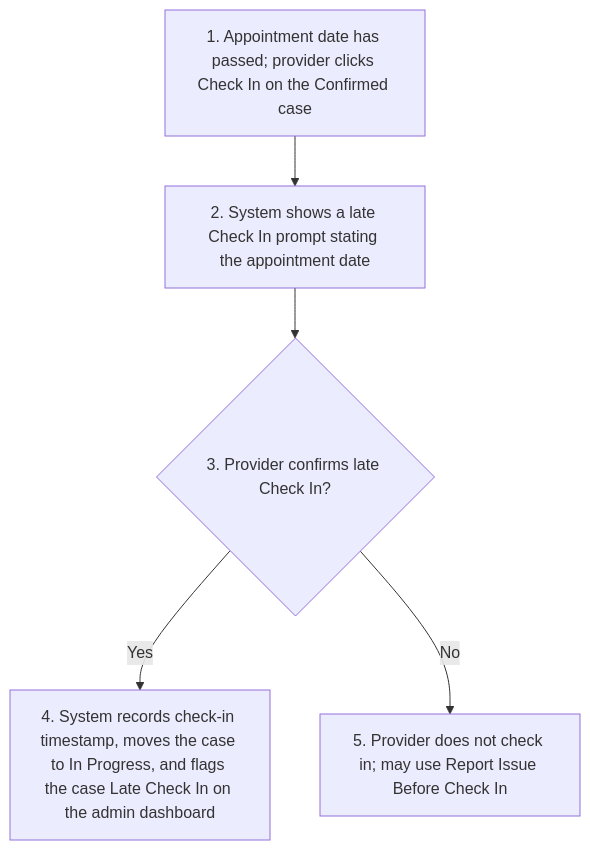
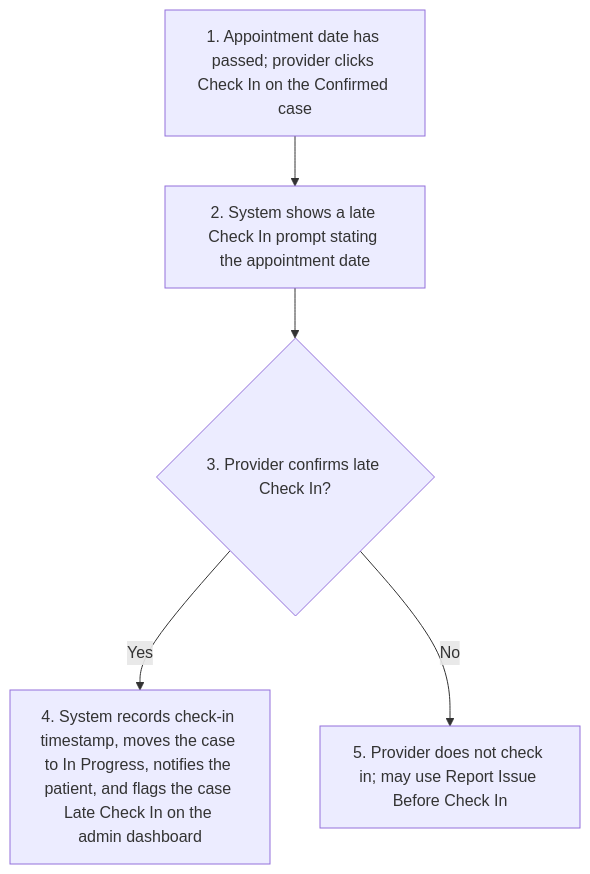
Before and after one commit to joachimtrungtuan/hairline-pm-docs: the fourth of 10 diagrams in project-requirements/functional-requirements/fr010-treatment-execution/prd.md, drawn with Mermaid. The commit also changed other lines of this file and 5 other files, not shown here.

````diff
--- a/project-requirements/functional-requirements/fr010-treatment-execution/prd.md
+++ b/project-requirements/functional-requirements/fr010-treatment-execution/prd.md
@@ -169,8 +169,8 @@
 ```mermaid
 flowchart TD
   A3S1["1. Appointment date has passed; provider clicks Check In on the Confirmed case"] --> A3S2
   A3S2["2. System shows a late Check In prompt stating the appointment date"] --> A3S3
   A3S3{"3. Provider confirms late Check In?"}
-  A3S3 -- Yes --> A3S4["4. System records check-in timestamp, moves the case to In Progress, and flags the case Late Check In on the admin dashboard"]
+  A3S3 -- Yes --> A3S4["4. System records check-in timestamp, moves the case to In Progress, notifies the patient, and flags the case Late Check In on the admin dashboard"]
   A3S3 -- No --> A3S5["5. Provider does not check in; may use Report Issue Before Check In"]
 ```
````
